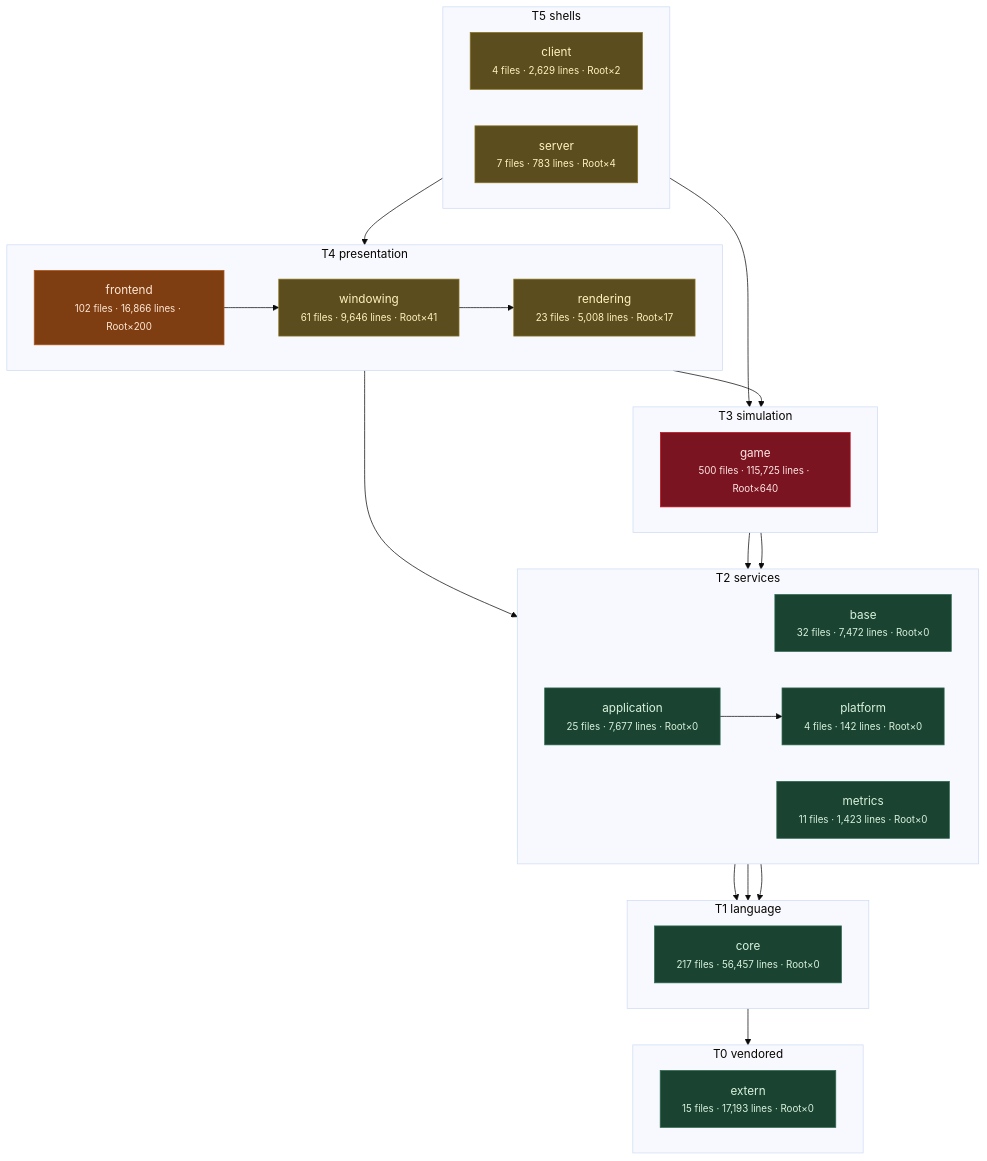
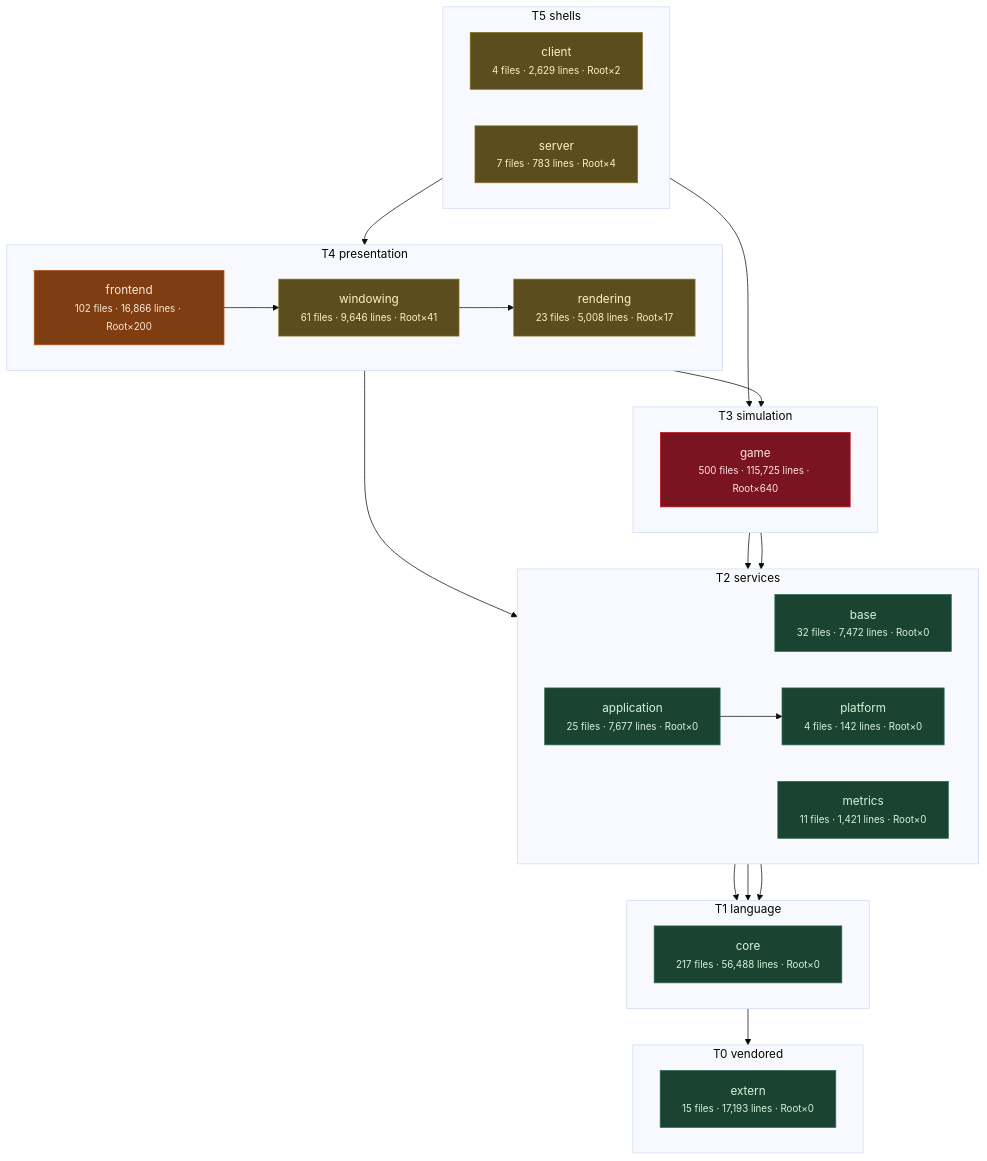
Before and after one commit to apnex/OpenStarbound: the third of 11 diagrams in docs/architecture/system-boundaries.md, drawn with Mermaid (base theme). The commit also changed other lines of this file and 5 other files, not shown here.

````diff
--- a/docs/architecture/system-boundaries.md
+++ b/docs/architecture/system-boundaries.md
@@ -271,54 +271,54 @@
 ```mermaid
 flowchart TD
   subgraph T0["T0 vendored"]
     direction LR
     extern["extern<br/><small>15 files · 17,193 lines · Root×0</small>"]
   end
   subgraph T1["T1 language"]
     direction LR
-    core["core<br/><small>217 files · 56,457 lines · Root×0</small>"]
+    core["core<br/><small>217 files · 56,488 lines · Root×0</small>"]
   end
   subgraph T2["T2 services"]
     direction LR
     base["base<br/><small>32 files · 7,472 lines · Root×0</small>"]
-    metrics["metrics<br/><small>11 files · 1,423 lines · Root×0</small>"]
+    metrics["metrics<br/><small>11 files · 1,421 lines · Root×0</small>"]
     platform["platform<br/><small>4 files · 142 lines · Root×0</small>"]
     application["application<br/><small>25 files · 7,677 lines · Root×0</small>"]
   end
   subgraph T3["T3 simulation"]
     direction LR
     game["game<br/><small>500 files · 115,725 lines · Root×640</small>"]
   end
   subgraph T4["T4 presentation"]
     direction LR
     rendering["rendering<br/><small>23 files · 5,008 lines · Root×17</small>"]
     windowing["windowing<br/><small>61 files · 9,646 lines · Root×41</small>"]
     frontend["frontend<br/><small>102 files · 16,866 lines · Root×200</small>"]
   end
   subgraph T5["T5 shells"]
     direction LR
     client["client<br/><small>4 files · 2,629 lines · Root×2</small>"]
     server["server<br/><small>7 files · 783 lines · Root×4</small>"]
   end
   core --> extern
   base --> core
   metrics --> core
   platform --> core
   application --> platform
   game --> base
   game --> platform
   rendering --> application
   rendering --> game
   windowing --> rendering
   frontend --> windowing
   client --> frontend
   server --> game
   classDef clean fill:#1b4332,stroke:#2d6a4f,color:#d8f3dc
   classDef warm  fill:#5c4d1e,stroke:#8a7420,color:#fff3bf
   classDef hot   fill:#7f3e12,stroke:#b5561b,color:#ffe8d6
   classDef blaze fill:#7a1420,stroke:#c1121f,color:#ffe5e5
   class extern,core,base,metrics,platform,application clean
   class rendering,windowing,client,server warm
   class frontend hot
   class game blaze
 ```
````
